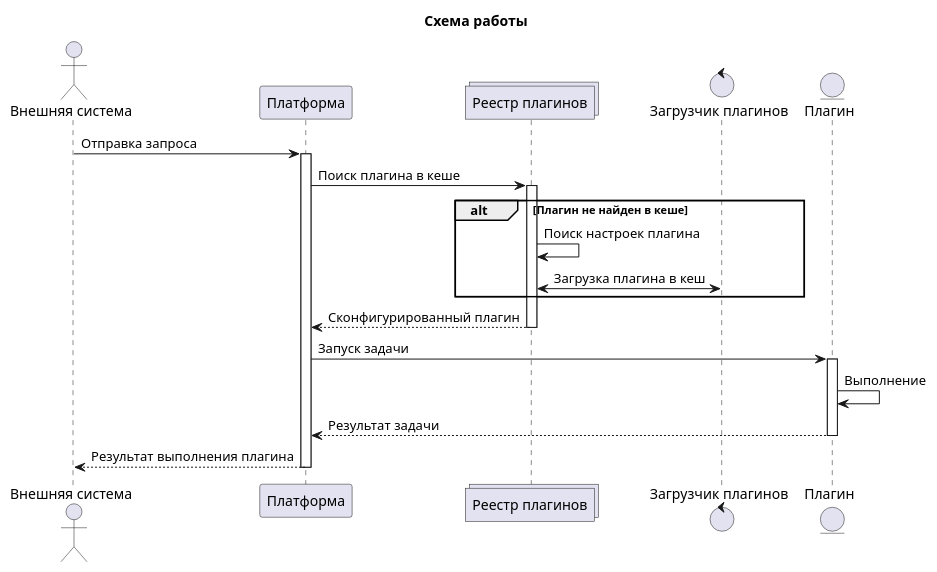
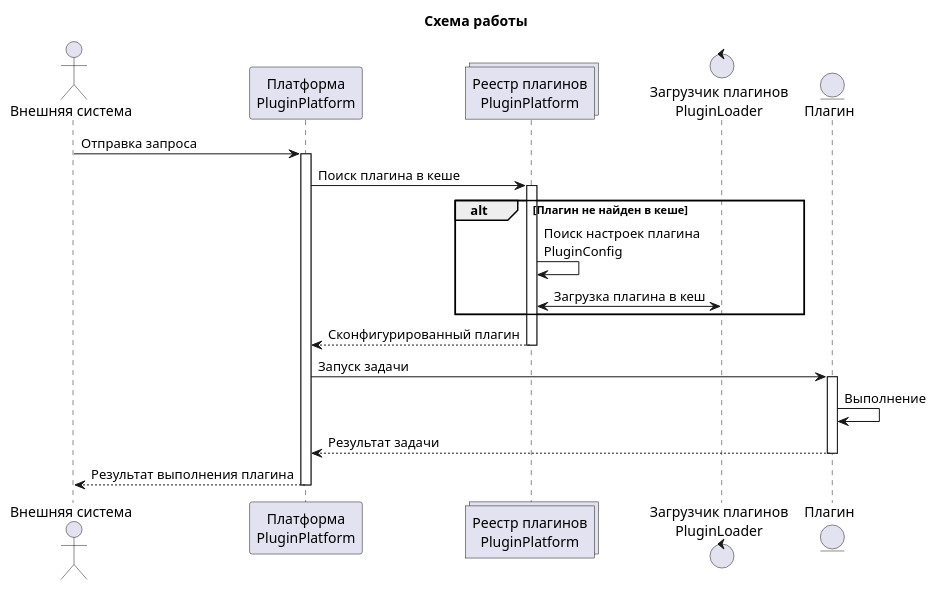
Before and after one commit to AlNat/plugin_platform: the diagram in workflow.puml, drawn with PlantUML. The commit also changed 22 other files, not shown here.

```diff
--- a/workflow.puml
+++ b/workflow.puml
@@ -1,29 +1,29 @@
 @startuml
 
 actor "Внешняя система" as client
-participant "Платформа" as platform
-collections "Реестр плагинов" as registry
-control "Загрузчик плагинов" as loader
+participant "Платформа\nPluginPlatform" as platform
+collections "Реестр плагинов\nPluginPlatform" as registry
+control "Загрузчик плагинов\nPluginLoader" as loader
 entity "Плагин" as plugin
 
 title Схема работы
 
 client -> platform : Отправка запроса
 activate platform
 
 platform -> registry: Поиск плагина в кеше
 activate registry
 alt Плагин не найден в кеше
-    registry -> registry: Поиск настроек плагина
+    registry -> registry: Поиск настроек плагина\nPluginConfig
     registry <-> loader: Загрузка плагина в кеш
 end
 return Сконфигурированный плагин
 
 platform -> plugin : Запуск задачи
 activate plugin
     plugin -> plugin : Выполнение
 return Результат задачи
 
 return Результат выполнения плагина
 
 @enduml
```
